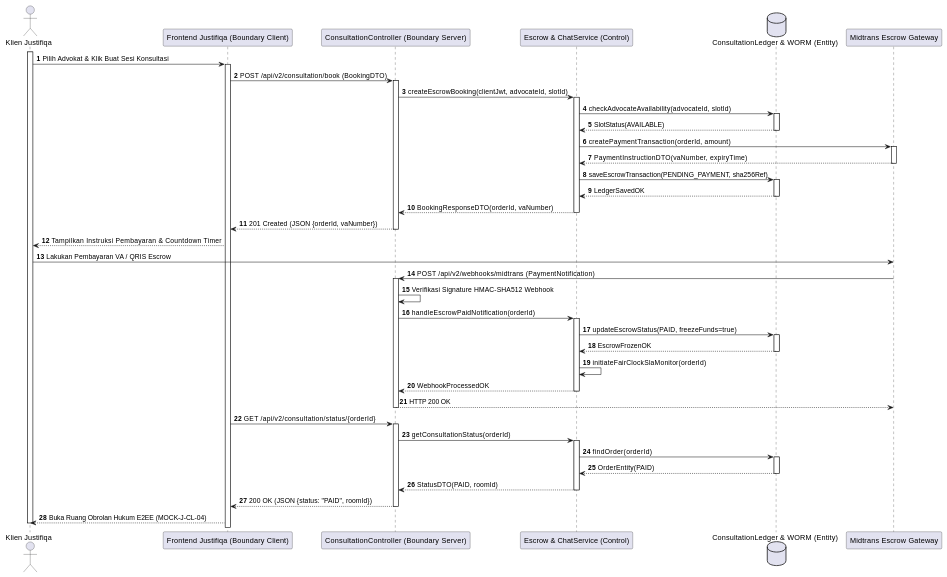
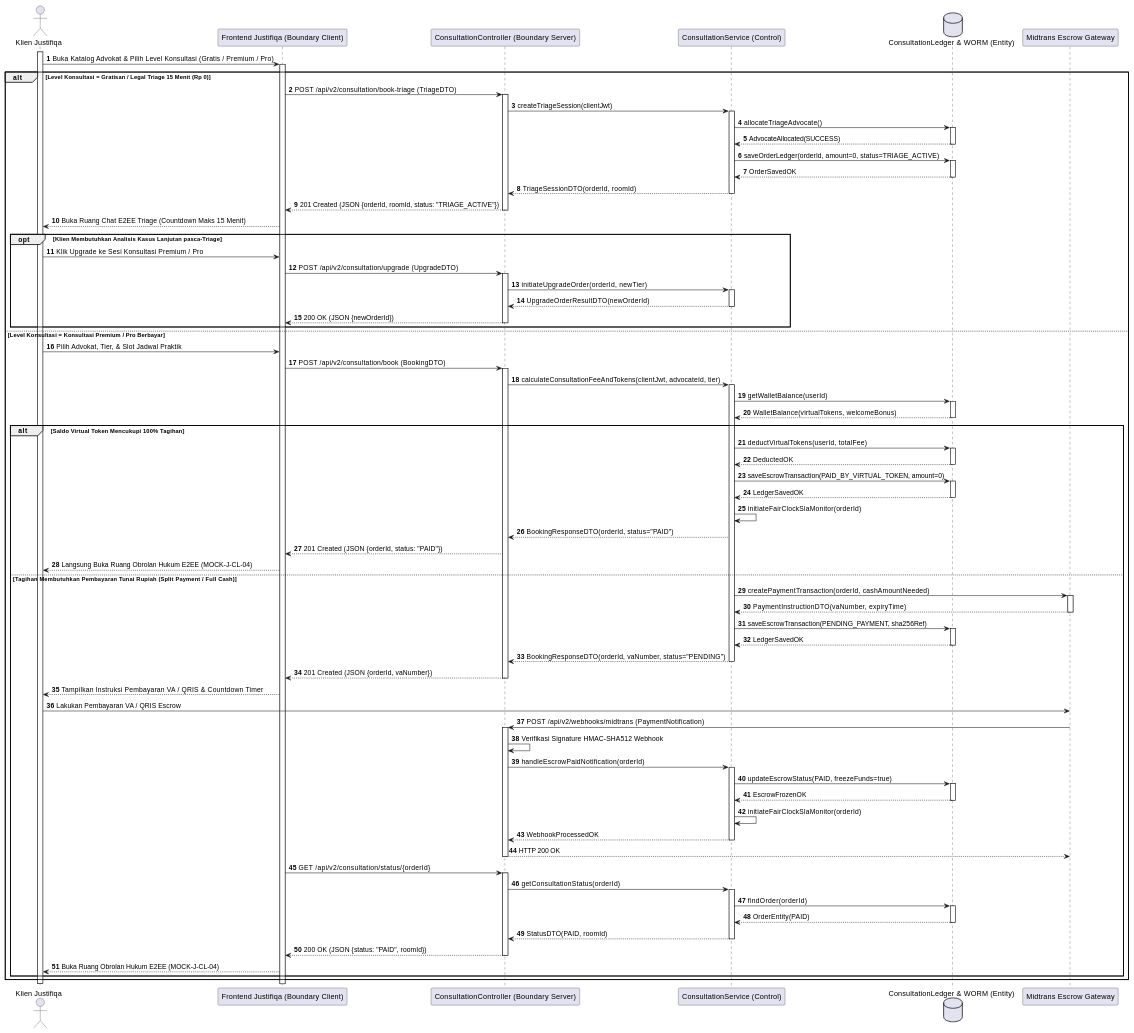
One commit to tupperwureism/SuperApp-Gagal changed the third of 28 diagrams in MarkDown/plantuml_sequence_diagrams.md. Above: the diagram before and after it, drawn with PlantUML. The commit also changed other lines of this file and 1 other file, not shown here.

Commit message:
feat(sequence-diagrams): achieve 100% 1-to-1 branch fidelity between Sequence Diagrams and Activity Diagrams with 5-Lifeline BCE

````diff
--- a/MarkDown/plantuml_sequence_diagrams.md
+++ b/MarkDown/plantuml_sequence_diagrams.md
@@ -160,44 +160,79 @@
 ```plantuml
 @startuml
 autonumber
 actor "Klien Justifiqa" as User
 participant "Frontend Justifiqa (Boundary Client)" as B_FE
 participant "ConsultationController (Boundary Server)" as B_BE
-participant "Escrow & ChatService (Control)" as C_Svc
+participant "ConsultationService (Control)" as C_Svc
 database "ConsultationLedger & WORM (Entity)" as E_DB
 participant "Midtrans Escrow Gateway" as Pay
 
 activate User
-User -> B_FE ++ : Pilih Advokat & Klik Buat Sesi Konsultasi
-B_FE -> B_BE ++ : POST /api/v2/consultation/book (BookingDTO)
-B_BE -> C_Svc ++ : createEscrowBooking(clientJwt, advocateId, slotId)
-C_Svc -> E_DB ++ : checkAdvocateAvailability(advocateId, slotId)
-E_DB --> C_Svc -- : SlotStatus(AVAILABLE)
-C_Svc -> Pay ++ : createPaymentTransaction(orderId, amount)
-Pay --> C_Svc -- : PaymentInstructionDTO(vaNumber, expiryTime)
-C_Svc -> E_DB ++ : saveEscrowTransaction(PENDING_PAYMENT, sha256Ref)
-E_DB --> C_Svc -- : LedgerSavedOK
-C_Svc --> B_BE -- : BookingResponseDTO(orderId, vaNumber)
-B_BE --> B_FE -- : 201 Created (JSON {orderId, vaNumber})
-B_FE --> User : Tampilkan Instruksi Pembayaran & Countdown Timer
+User -> B_FE ++ : Buka Katalog Advokat & Pilih Level Konsultasi (Gratis / Premium / Pro)
 
-User -> Pay : Lakukan Pembayaran VA / QRIS Escrow
-Pay -> B_BE ++ : POST /api/v2/webhooks/midtrans (PaymentNotification)
-B_BE -> B_BE : Verifikasi Signature HMAC-SHA512 Webhook
-B_BE -> C_Svc ++ : handleEscrowPaidNotification(orderId)
-C_Svc -> E_DB ++ : updateEscrowStatus(PAID, freezeFunds=true)
-E_DB --> C_Svc -- : EscrowFrozenOK
-C_Svc -> C_Svc : initiateFairClockSlaMonitor(orderId)
-C_Svc --> B_BE -- : WebhookProcessedOK
-B_BE --> Pay -- : HTTP 200 OK
+alt Level Konsultasi = Gratisan / Legal Triage 15 Menit (Rp 0)
+    B_FE -> B_BE ++ : POST /api/v2/consultation/book-triage (TriageDTO)
+    B_BE -> C_Svc ++ : createTriageSession(clientJwt)
+    C_Svc -> E_DB ++ : allocateTriageAdvocate()
+    E_DB --> C_Svc -- : AdvocateAllocated(SUCCESS)
+    C_Svc -> E_DB ++ : saveOrderLedger(orderId, amount=0, status=TRIAGE_ACTIVE)
+    E_DB --> C_Svc -- : OrderSavedOK
+    C_Svc --> B_BE -- : TriageSessionDTO(orderId, roomId)
+    B_BE --> B_FE -- : 201 Created (JSON {orderId, roomId, status: "TRIAGE_ACTIVE"})
+    B_FE --> User : Buka Ruang Chat E2EE Triage (Countdown Maks 15 Menit)
 
-B_FE -> B_BE ++ : GET /api/v2/consultation/status/{orderId}
-B_BE -> C_Svc ++ : getConsultationStatus(orderId)
-C_Svc -> E_DB ++ : findOrder(orderId)
-E_DB --> C_Svc -- : OrderEntity(PAID)
-C_Svc --> B_BE -- : StatusDTO(PAID, roomId)
-B_BE --> B_FE -- : 200 OK (JSON {status: "PAID", roomId})
-B_FE --> User : Buka Ruang Obrolan Hukum E2EE (MOCK-J-CL-04)
+    opt Klien Membutuhkan Analisis Kasus Lanjutan pasca-Triage
+        User -> B_FE : Klik Upgrade ke Sesi Konsultasi Premium / Pro
+        B_FE -> B_BE ++ : POST /api/v2/consultation/upgrade (UpgradeDTO)
+        B_BE -> C_Svc ++ : initiateUpgradeOrder(orderId, newTier)
+        C_Svc --> B_BE -- : UpgradeOrderResultDTO(newOrderId)
+        B_BE --> B_FE -- : 200 OK (JSON {newOrderId})
+    end
+
+else Level Konsultasi = Konsultasi Premium / Pro Berbayar
+    User -> B_FE : Pilih Advokat, Tier, & Slot Jadwal Praktik
+    B_FE -> B_BE ++ : POST /api/v2/consultation/book (BookingDTO)
+    B_BE -> C_Svc ++ : calculateConsultationFeeAndTokens(clientJwt, advocateId, tier)
+    C_Svc -> E_DB ++ : getWalletBalance(userId)
+    E_DB --> C_Svc -- : WalletBalance(virtualTokens, welcomeBonus)
+
+    alt Saldo Virtual Token Mencukupi 100% Tagihan
+        C_Svc -> E_DB ++ : deductVirtualTokens(userId, totalFee)
+        E_DB --> C_Svc -- : DeductedOK
+        C_Svc -> E_DB ++ : saveEscrowTransaction(PAID_BY_VIRTUAL_TOKEN, amount=0)
+        E_DB --> C_Svc -- : LedgerSavedOK
+        C_Svc -> C_Svc : initiateFairClockSlaMonitor(orderId)
+        C_Svc --> B_BE : BookingResponseDTO(orderId, status="PAID")
+        B_BE --> B_FE : 201 Created (JSON {orderId, status: "PAID"})
+        B_FE --> User : Langsung Buka Ruang Obrolan Hukum E2EE (MOCK-J-CL-04)
+    else Tagihan Membutuhkan Pembayaran Tunai Rupiah (Split Payment / Full Cash)
+        C_Svc -> Pay ++ : createPaymentTransaction(orderId, cashAmountNeeded)
+        Pay --> C_Svc -- : PaymentInstructionDTO(vaNumber, expiryTime)
+        C_Svc -> E_DB ++ : saveEscrowTransaction(PENDING_PAYMENT, sha256Ref)
+        E_DB --> C_Svc -- : LedgerSavedOK
+        C_Svc --> B_BE -- : BookingResponseDTO(orderId, vaNumber, status="PENDING")
+        B_BE --> B_FE -- : 201 Created (JSON {orderId, vaNumber})
+        B_FE --> User : Tampilkan Instruksi Pembayaran VA / QRIS & Countdown Timer
+
+        User -> Pay : Lakukan Pembayaran VA / QRIS Escrow
+        Pay -> B_BE ++ : POST /api/v2/webhooks/midtrans (PaymentNotification)
+        B_BE -> B_BE : Verifikasi Signature HMAC-SHA512 Webhook
+        B_BE -> C_Svc ++ : handleEscrowPaidNotification(orderId)
+        C_Svc -> E_DB ++ : updateEscrowStatus(PAID, freezeFunds=true)
+        E_DB --> C_Svc -- : EscrowFrozenOK
+        C_Svc -> C_Svc : initiateFairClockSlaMonitor(orderId)
+        C_Svc --> B_BE -- : WebhookProcessedOK
+        B_BE --> Pay -- : HTTP 200 OK
+
+        B_FE -> B_BE ++ : GET /api/v2/consultation/status/{orderId}
+        B_BE -> C_Svc ++ : getConsultationStatus(orderId)
+        C_Svc -> E_DB ++ : findOrder(orderId)
+        E_DB --> C_Svc -- : OrderEntity(PAID)
+        C_Svc --> B_BE -- : StatusDTO(PAID, roomId)
+        B_BE --> B_FE -- : 200 OK (JSON {status: "PAID", roomId})
+        B_FE --> User : Buka Ruang Obrolan Hukum E2EE (MOCK-J-CL-04)
+    end
+end
 deactivate User
 @enduml
 ```
````
